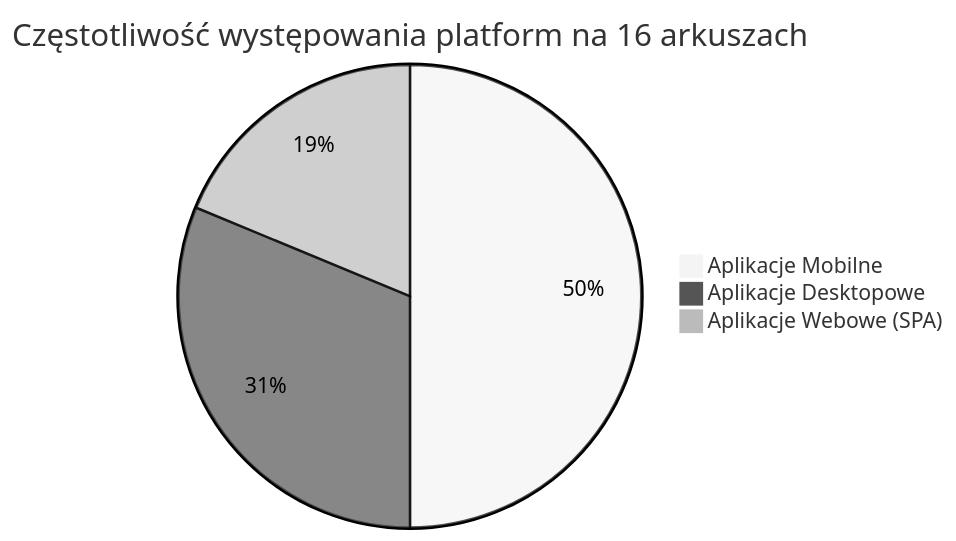
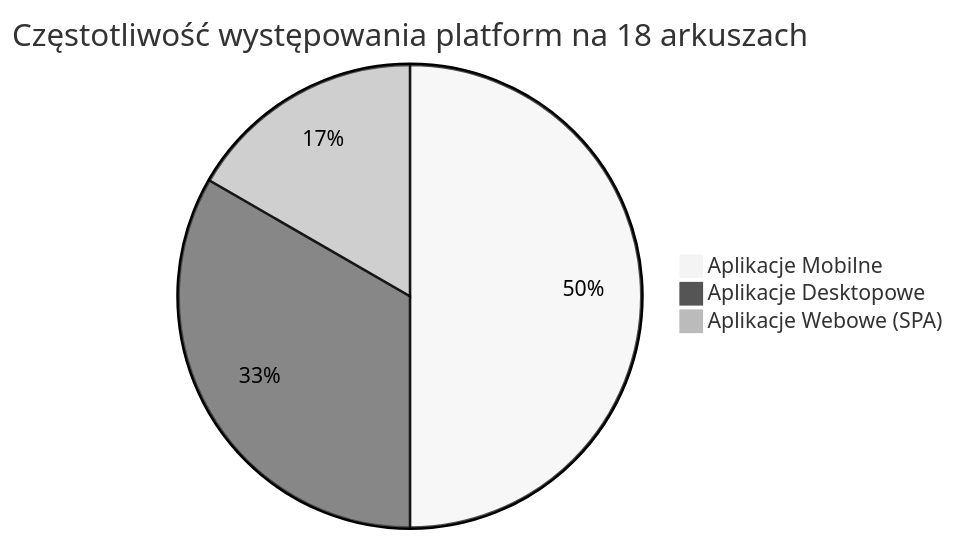
The diagram in arkusze/analiza/czesc-2/analiza-claude.md (kacperbogusz/zse-inf04), drawn with Mermaid (neutral theme) before and after one commit. The commit also changed other lines of this file and 16 other files, not shown here.

````diff
--- a/arkusze/analiza/czesc-2/analiza-claude.md
+++ b/arkusze/analiza/czesc-2/analiza-claude.md
@@ -206,6 +230,6 @@
 ```mermaid
-pie title Częstotliwość występowania platform na 16 arkuszach
-    "Aplikacje Mobilne" : 8
-    "Aplikacje Desktopowe" : 5
+pie title Częstotliwość występowania platform na 18 arkuszach
+    "Aplikacje Mobilne" : 9
+    "Aplikacje Desktopowe" : 6
     "Aplikacje Webowe (SPA)" : 3
 ```
````
